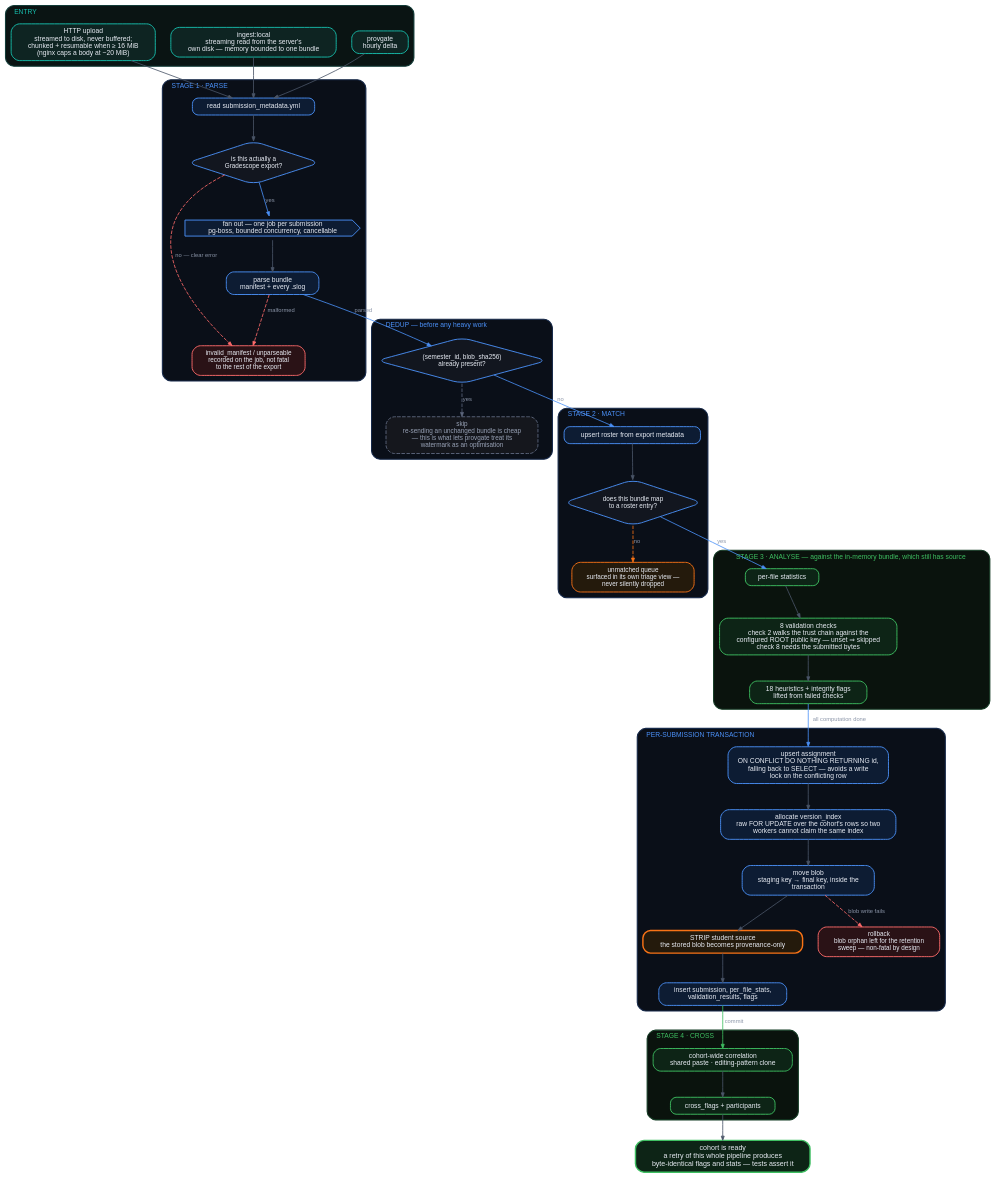
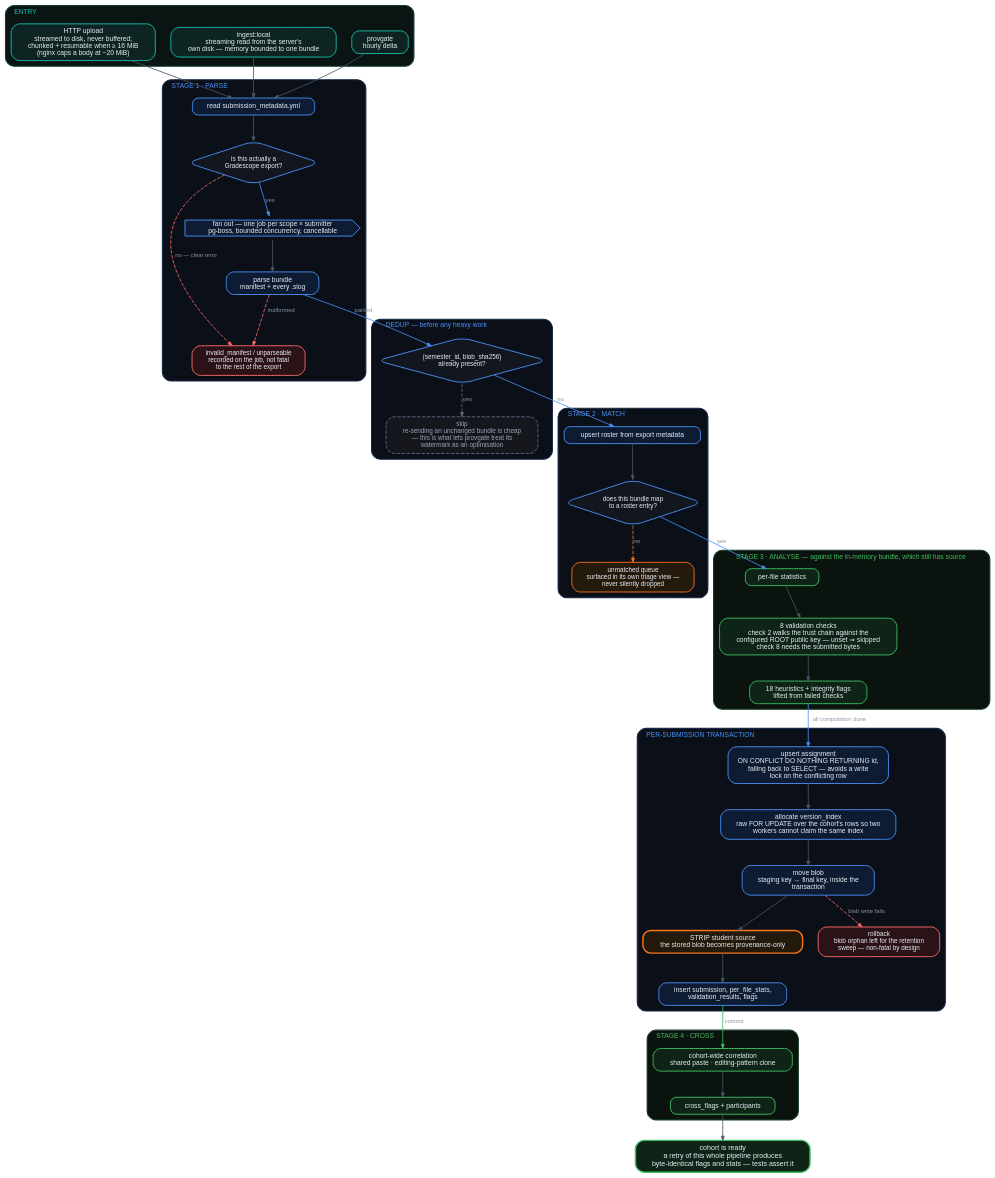
The diagram in tools/architecture/dot/ingest.dot (ProvenanceTools/provenance), drawn with Graphviz before and after one commit. The commit also changed 19 other files, not shown here.

```diff
--- a/tools/architecture/dot/ingest.dot
+++ b/tools/architecture/dot/ingest.dot
@@ -1,114 +1,114 @@
 digraph ingest {
   bgcolor="transparent" rankdir=TB splines=spline compound=true
   nodesep=0.30 ranksep=0.48 fontname="Helvetica"
   node [shape=box style="filled,rounded" fontname="Helvetica" fontsize=10
         fontcolor="#e8ecf4" fillcolor="#161b26" color="#3a4457" penwidth=1.3
         margin="0.15,0.08" height=0.34]
   edge [fontname="Helvetica" fontsize=8.2 fontcolor="#8b95a8"
         color="#4a5568" arrowsize=0.6 penwidth=1.15]
 
   subgraph cluster_in {
     label="  ENTRY  " fontsize=9.5 fontcolor="#17bfae" color="#123c38"
     penwidth=1.5 style=rounded bgcolor="#0a1413" labeljust="l"
     node [fillcolor="#0e2422" color="#17bfae" fontsize=9.5]
     e_http [label="HTTP upload\nstreamed to disk, never buffered;\nchunked + resumable when ≥ 16 MiB\n(nginx caps a body at ~20 MiB)"]
     e_cli  [label="ingest:local\nstreaming read from the server's\nown disk — memory bounded to one bundle"]
     e_gate [label="provgate\nhourly delta"]
   }
 
   subgraph cluster_stage {
     label="  STAGE 1 · PARSE  " fontsize=9.5 fontcolor="#4b90f7" color="#16294a"
     penwidth=1.5 style=rounded bgcolor="#0a0f18" labeljust="l"
     node [fillcolor="#0d1c33" color="#4b90f7" fontsize=9.5]
     meta   [label="read submission_metadata.yml"]
     hasmeta[label="is this actually a\nGradescope export?" shape=diamond fillcolor="#12161f"
             fontsize=9 height=0.85 width=1.8]
-    fanout [label="fan out — one job per submission\npg-boss, bounded concurrency, cancellable"
+    fanout [label="fan out — one job per scope × submitter\npg-boss, bounded concurrency, cancellable"
             shape=cds margin="0.26,0.10"]
     pbun   [label="parse bundle\nmanifest + every .slog"]
     pfail  [label="invalid_manifest / unparseable\nrecorded on the job, not fatal\nto the rest of the export"
             fillcolor="#2a1216" color="#ff6b6b" fontsize=9]
   }
 
   subgraph cluster_dd {
     label="  DEDUP — before any heavy work  " fontsize=9.5 fontcolor="#4b90f7"
     color="#16294a" penwidth=1.5 style=rounded bgcolor="#0a0f18" labeljust="l"
     node [fillcolor="#0d1c33" color="#4b90f7" fontsize=9.5]
     dd  [label="(semester_id, blob_sha256)\nalready present?" shape=diamond fillcolor="#12161f"
          fontsize=9 height=0.9 width=2.0]
     ddskip [label="skip\nre-sending an unchanged bundle is cheap\n— this is what lets provgate treat its\nwatermark as an optimisation"
             fillcolor="#15171d" color="#5d677d" fontcolor="#98a2b6" style="filled,rounded,dashed" fontsize=9]
   }
 
   subgraph cluster_match {
     label="  STAGE 2 · MATCH  " fontsize=9.5 fontcolor="#4b90f7" color="#16294a"
     penwidth=1.5 style=rounded bgcolor="#0a0f18" labeljust="l"
     node [fillcolor="#0d1c33" color="#4b90f7" fontsize=9.5]
     roster [label="upsert roster from export metadata"]
     match  [label="does this bundle map\nto a roster entry?" shape=diamond fillcolor="#12161f"
             fontsize=9 height=0.9 width=1.9]
     unm    [label="unmatched queue\nsurfaced in its own triage view —\nnever silently dropped"
             fillcolor="#241a0c" color="#F97316" fontsize=9]
   }
 
   subgraph cluster_h {
     label="  STAGE 3 · ANALYSE — against the in-memory bundle, which still has source  "
     fontsize=9.5 fontcolor="#3fbf62" color="#153c25" penwidth=1.5 style=rounded
     bgcolor="#0a130d" labeljust="l"
     node [fillcolor="#0d2416" color="#3fbf62" fontsize=9.5]
     stats [label="per-file statistics"]
     val   [label="8 validation checks\ncheck 2 walks the trust chain against the\nconfigured ROOT public key — unset ⇒ skipped\ncheck 8 needs the submitted bytes"]
     heur  [label="18 heuristics + integrity flags\nlifted from failed checks"]
   }
 
   subgraph cluster_tx {
     label="  PER-SUBMISSION TRANSACTION  " fontsize=9.5 fontcolor="#4b90f7"
     color="#16294a" penwidth=1.5 style=rounded bgcolor="#0a0f18" labeljust="l"
     node [fillcolor="#0d1c33" color="#4b90f7" fontsize=9.5]
     upa   [label="upsert assignment\nON CONFLICT DO NOTHING RETURNING id,\nfalling back to SELECT — avoids a write\nlock on the conflicting row"]
     ver   [label="allocate version_index\nraw FOR UPDATE over the cohort's rows so two\nworkers cannot claim the same index"]
     mv    [label="move blob\nstaging key → final key, inside the\ntransaction"]
     strip [label="STRIP student source\nthe stored blob becomes provenance-only"
            fillcolor="#241a0c" color="#F97316" penwidth=2.0]
     ins   [label="insert submission, per_file_stats,\nvalidation_results, flags"]
     fail  [label="rollback\nblob orphan left for the retention\nsweep — non-fatal by design"
            fillcolor="#2a1216" color="#ff6b6b" fontsize=9]
   }
 
   subgraph cluster_x {
     label="  STAGE 4 · CROSS  " fontsize=9.5 fontcolor="#3fbf62" color="#153c25"
     penwidth=1.5 style=rounded bgcolor="#0a130d" labeljust="l"
     node [fillcolor="#0d2416" color="#3fbf62" fontsize=9.5]
     xf [label="cohort-wide correlation\nshared paste · editing-pattern clone"]
     xp [label="cross_flags + participants"]
   }
 
   done [label="cohort is ready\na retry of this whole pipeline produces\nbyte-identical flags and stats — tests assert it"
         fillcolor="#0d2416" color="#3fbf62" penwidth=2.0]
 
   e_http -> meta
   e_cli  -> meta
   e_gate -> meta
   meta -> hasmeta
   hasmeta -> pfail [label="no — clear error" color="#ff6b6b" style=dashed]
   hasmeta -> fanout [label="yes" color="#4b90f7"]
   fanout -> pbun
   pbun -> pfail [label="malformed" color="#ff6b6b" style=dashed]
   pbun -> dd    [label="parsed" color="#4b90f7"]
   dd -> ddskip [label="yes" color="#5d677d" style=dashed]
   dd -> roster [label="no" color="#4b90f7"]
   roster -> match
   match -> unm [label="no" color="#F97316" style=dashed]
   match -> stats [label="yes" color="#4b90f7"]
   stats -> val
   val -> heur
   heur -> upa [label="all computation done" color="#4b90f7"]
   upa -> ver
   ver -> mv
   mv -> fail [label="blob write fails" color="#ff6b6b" style=dashed]
   mv -> strip
   strip -> ins
   ins -> xf [label="commit" color="#3fbf62"]
   xf -> xp
   xp -> done
 }
```
